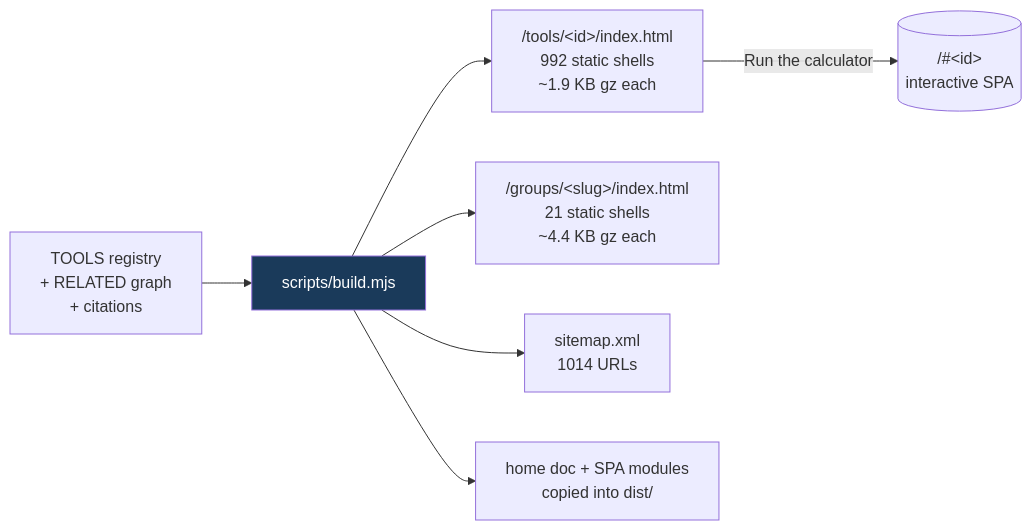
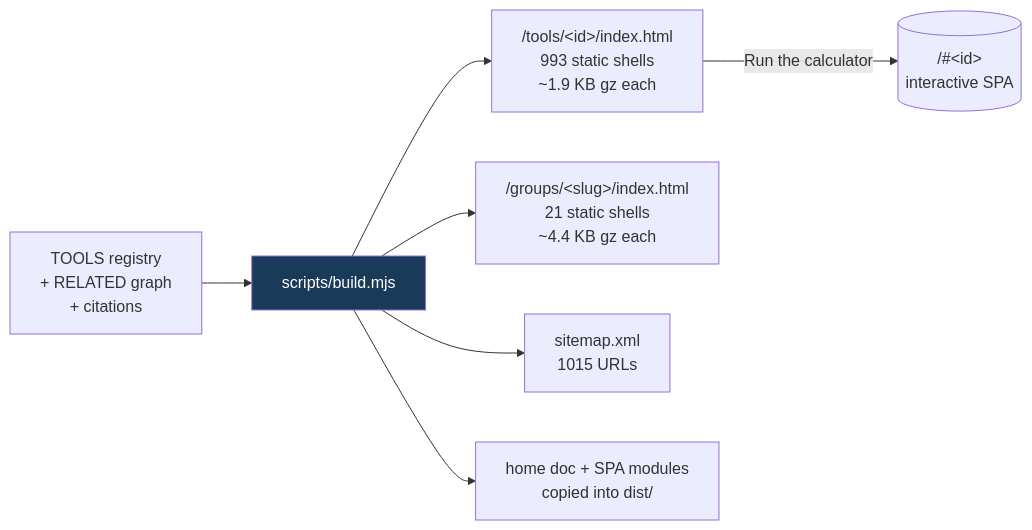
The fifth of 8 diagrams in README.md (clay-good/roughlogic.com), drawn with Mermaid before and after one commit. The commit also changed other lines of this file and 14 other files, not shown here.

````diff
--- a/README.md
+++ b/README.md
@@ -495,10 +495,10 @@
 ```mermaid
 flowchart LR
     SRC[TOOLS registry\n+ RELATED graph\n+ citations] --> BUILD[scripts/build.mjs]
-    BUILD --> TILE["/tools/&lt;id&gt;/index.html\n992 static shells\n~1.9 KB gz each"]
+    BUILD --> TILE["/tools/&lt;id&gt;/index.html\n993 static shells\n~1.9 KB gz each"]
     BUILD --> GROUP["/groups/&lt;slug&gt;/index.html\n21 static shells\n~4.4 KB gz each"]
-    BUILD --> MAP["sitemap.xml\n1014 URLs"]
+    BUILD --> MAP["sitemap.xml\n1015 URLs"]
     BUILD --> COPY[home doc + SPA modules\ncopied into dist/]
     TILE -->|Run the calculator| SPA[("/#&lt;id&gt;\ninteractive SPA")]
     style BUILD fill:#1a3a5a,color:#fff
 ```
````
